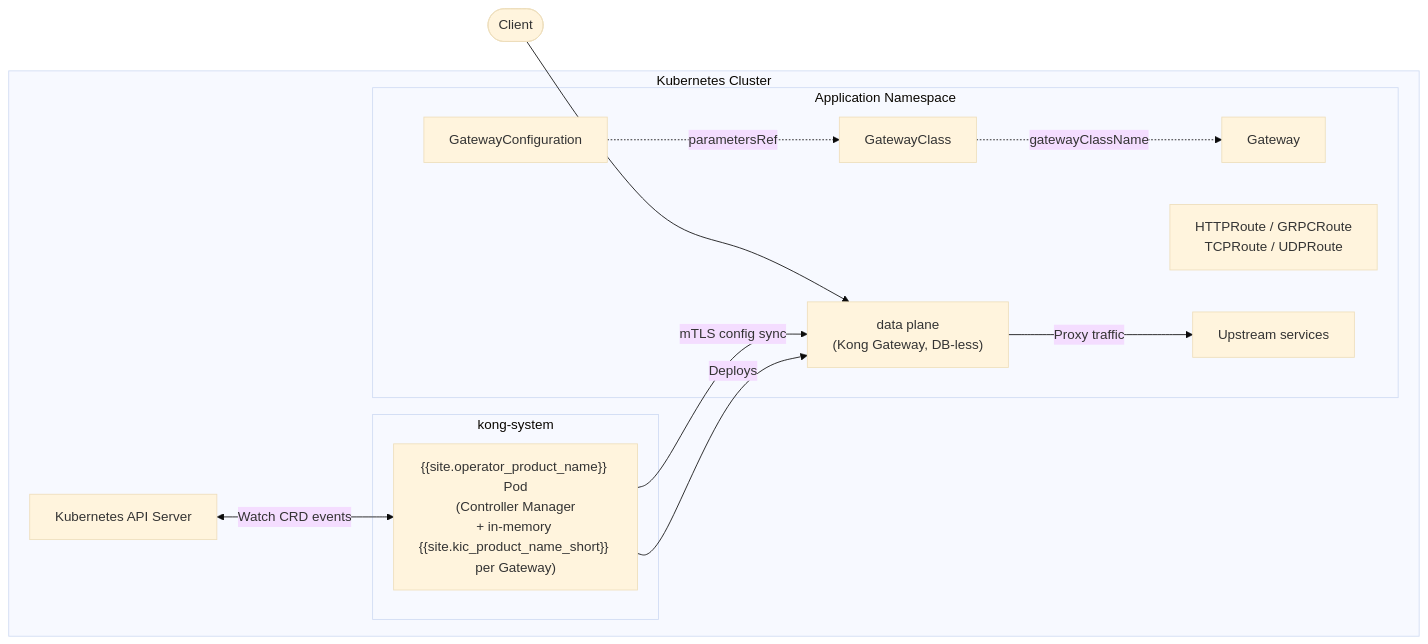
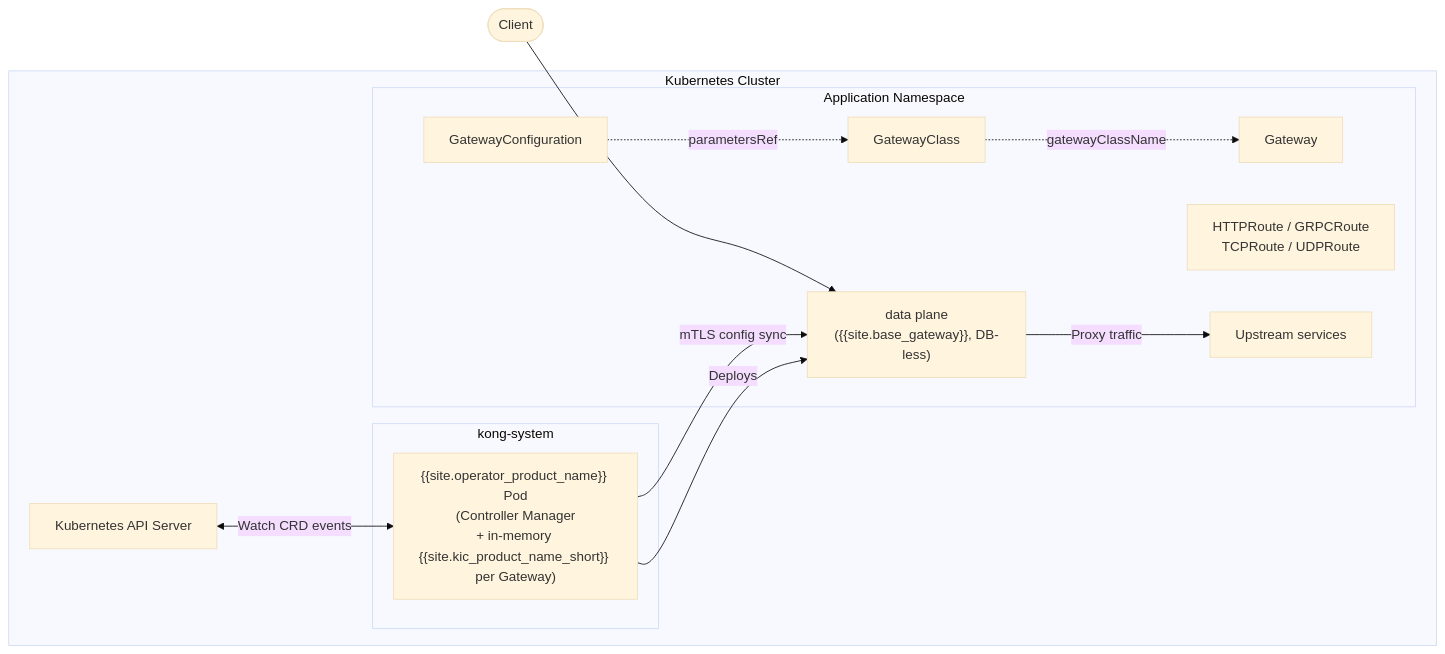
One commit to Kong/developer.konghq.com changed the first of 2 diagrams in app/operator/reference/architecture.md. Above: the diagram before and after it, drawn with Mermaid (base theme). The commit also changed other lines of this file, not shown here.

```diff
--- a/app/operator/reference/architecture.md
+++ b/app/operator/reference/architecture.md
@@ -41,28 +41,28 @@
 {% mermaid %}
 flowchart LR
     subgraph K8s[Kubernetes Cluster]
         K[Kubernetes API Server]
 
         subgraph kongNS[kong-system]
             KO["{{site.operator_product_name}} Pod<br/>(Controller Manager<br/>+ in-memory {{site.kic_product_name_short}} per Gateway)"]
         end
 
         subgraph AppNS[Application Namespace]
             GWConfig[GatewayConfiguration]
             GWClass[GatewayClass]
             GW[Gateway]
             Routes["HTTPRoute / GRPCRoute<br/>TCPRoute / UDPRoute"]
-            DP["data plane<br/>(Kong Gateway, DB-less)"]
+            DP["data plane<br/>({{site.base_gateway}}, DB-less)"]
             S[Upstream services]
         end
 
         GWConfig -.->|parametersRef| GWClass
         GWClass -.->|gatewayClassName| GW
         K <-->|Watch CRD events| KO
         KO -->|Deploys| DP
         KO -->|mTLS config sync| DP
         DP -->|Proxy traffic| S
     end
 
     Client([Client]) --> DP
 {% endmermaid %}
```
